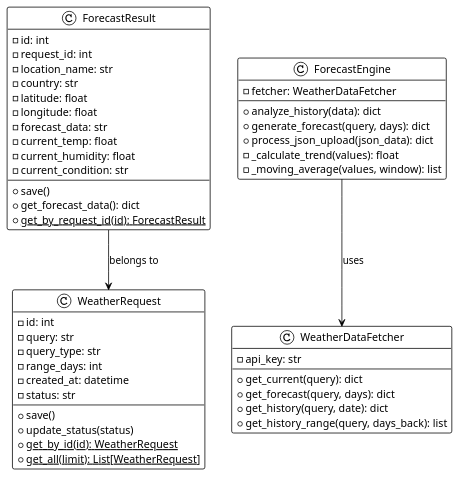
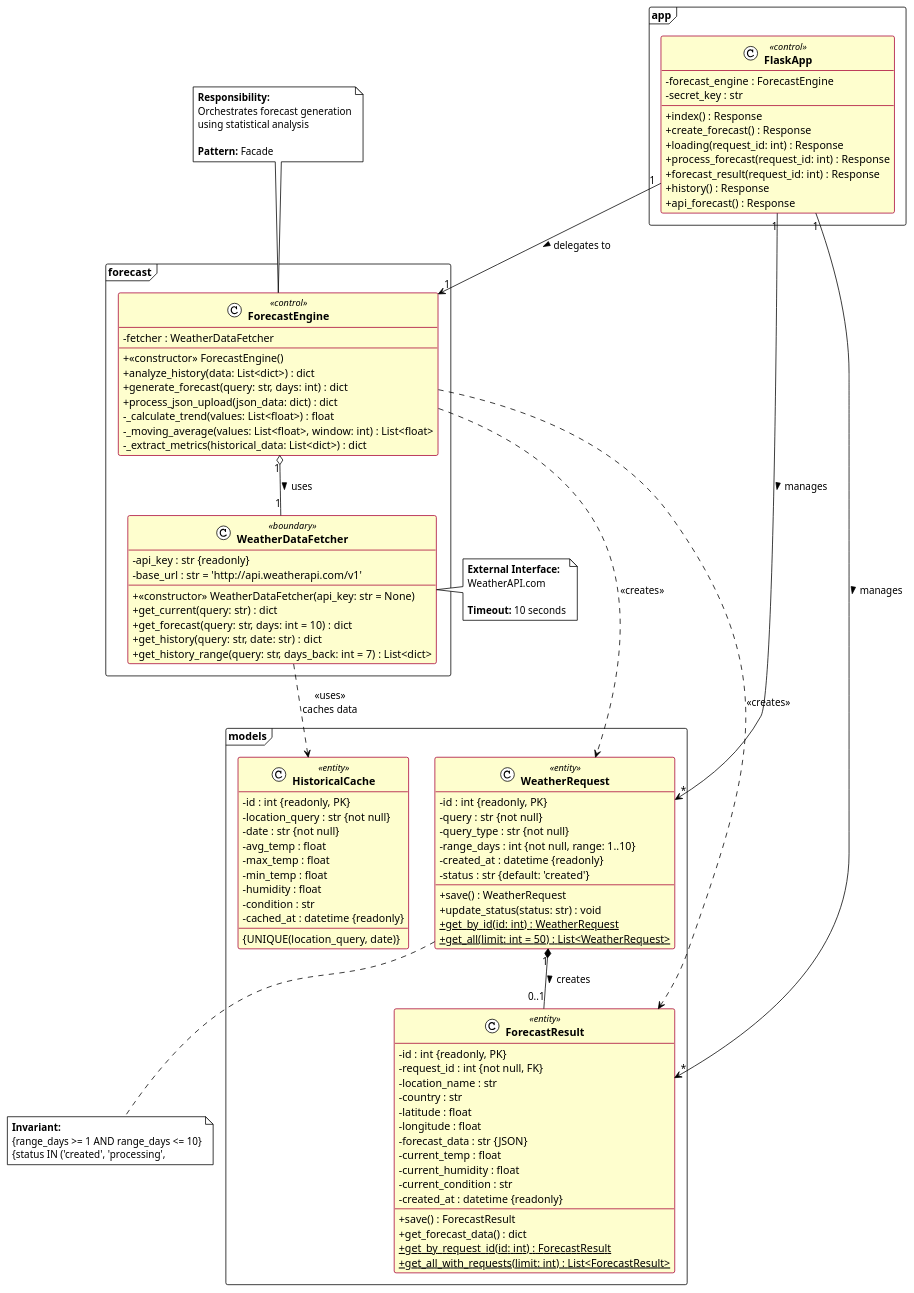
Before and after one commit to AASoftIR/kanban: the diagram in diagrams/02_class_diagram.puml, drawn with PlantUML. The commit also changed 6 other files, not shown here.

```diff
--- a/diagrams/02_class_diagram.puml
+++ b/diagrams/02_class_diagram.puml
@@ -2,58 +2,182 @@
 @startuml ClassDiagram
+' =============================================================================
+' Galaxy Weather - Class Diagram (Rational Rose Standard)
+' =============================================================================
+' Description: Shows the static structure of the system including classes,
+'              attributes, operations, and relationships
+' Author: Galaxy Weather Team
+' Version: 1.0
+' =============================================================================
+
 !theme plain
+skinparam classAttributeIconSize 0
+skinparam classFontStyle bold
+skinparam classBackgroundColor #FEFECE
+skinparam classBorderColor #A80036
+skinparam stereotypeCBackgroundColor #ADD1B2
 
-
-class WeatherRequest {
-    - id: int
-    - query: str
-    - query_type: str
-    - range_days: int
-    - created_at: datetime
-    - status: str
-    --
-    + save()
-    + update_status(status)
-    + {static} get_by_id(id): WeatherRequest
-    + {static} get_all(limit): List[WeatherRequest]
+' =============================================================================
+' PACKAGES
+' =============================================================================
+package "models" <<Frame>> {
+    
+    ' =========================================================================
+    ' ENTITY CLASSES (Persistent)
+    ' =========================================================================
+    class WeatherRequest <<entity>> {
+        ' --- Attributes ---
+        - id : int {readonly, PK}
+        - query : str {not null}
+        - query_type : str {not null}
+        - range_days : int {not null, range: 1..10}
+        - created_at : datetime {readonly}
+        - status : str {default: 'created'}
+        __
+        ' --- Operations ---
+        + save() : WeatherRequest
+        + update_status(status: str) : void
+        + {static} get_by_id(id: int) : WeatherRequest
+        + {static} get_all(limit: int = 50) : List<WeatherRequest>
+    }
+    
+    class ForecastResult <<entity>> {
+        ' --- Attributes ---
+        - id : int {readonly, PK}
+        - request_id : int {not null, FK}
+        - location_name : str
+        - country : str
+        - latitude : float
+        - longitude : float
+        - forecast_data : str {JSON}
+        - current_temp : float
+        - current_humidity : float
+        - current_condition : str
+        - created_at : datetime {readonly}
+        __
+        ' --- Operations ---
+        + save() : ForecastResult
+        + get_forecast_data() : dict
+        + {static} get_by_request_id(id: int) : ForecastResult
+        + {static} get_all_with_requests(limit: int) : List<ForecastResult>
+    }
+    
+    class HistoricalCache <<entity>> {
+        ' --- Attributes ---
+        - id : int {readonly, PK}
+        - location_query : str {not null}
+        - date : str {not null}
+        - avg_temp : float
+        - max_temp : float
+        - min_temp : float
+        - humidity : float
+        - condition : str
+        - cached_at : datetime {readonly}
+        __
+        ' --- Constraints ---
+        {UNIQUE(location_query, date)}
+    }
 }
 
-class WeatherDataFetcher {
-    - api_key: str
-    --
-    + get_current(query): dict
-    + get_forecast(query, days): dict
-    + get_history(query, date): dict
-    + get_history_range(query, days_back): list
+package "forecast" <<Frame>> {
+    
+    ' =========================================================================
+    ' BOUNDARY CLASSES (Interface with external systems)
+    ' =========================================================================
+    class WeatherDataFetcher <<boundary>> {
+        ' --- Attributes ---
+        - api_key : str {readonly}
+        - base_url : str = 'http://api.weatherapi.com/v1'
+        __
+        ' --- Operations ---
+        + <<constructor>> WeatherDataFetcher(api_key: str = None)
+        + get_current(query: str) : dict
+        + get_forecast(query: str, days: int = 10) : dict
+        + get_history(query: str, date: str) : dict
+        + get_history_range(query: str, days_back: int = 7) : List<dict>
+    }
+    
+    ' =========================================================================
+    ' CONTROL CLASSES (Business Logic)
+    ' =========================================================================
+    class ForecastEngine <<control>> {
+        ' --- Attributes ---
+        - fetcher : WeatherDataFetcher
+        __
+        ' --- Operations ---
+        + <<constructor>> ForecastEngine()
+        + analyze_history(data: List<dict>) : dict
+        + generate_forecast(query: str, days: int) : dict
+        + process_json_upload(json_data: dict) : dict
+        - _calculate_trend(values: List<float>) : float
+        - _moving_average(values: List<float>, window: int) : List<float>
+        - _extract_metrics(historical_data: List<dict>) : dict
+    }
 }
 
-class ForecastEngine {
-    - fetcher: WeatherDataFetcher
-    --
-    + analyze_history(data): dict
-    + generate_forecast(query, days): dict
-    + process_json_upload(json_data): dict
-    - _calculate_trend(values): float
-    - _moving_average(values, window): list
+package "app" <<Frame>> {
+    
+    ' =========================================================================
+    ' CONTROLLER CLASS (Flask Routes)
+    ' =========================================================================
+    class FlaskApp <<control>> {
+        ' --- Attributes ---
+        - forecast_engine : ForecastEngine
+        - secret_key : str
+        __
+        ' --- Operations ---
+        + index() : Response
+        + create_forecast() : Response
+        + loading(request_id: int) : Response
+        + process_forecast(request_id: int) : Response
+        + forecast_result(request_id: int) : Response
+        + history() : Response
+        + api_forecast() : Response
+    }
 }
 
-class ForecastResult {
-    - id: int
-    - request_id: int
-    - location_name: str
-    - country: str
-    - latitude: float
-    - longitude: float
-    - forecast_data: str
-    - current_temp: float
-    - current_humidity: float
-    - current_condition: str
-    --
-    + save()
-    + get_forecast_data(): dict
-    + {static} get_by_request_id(id): ForecastResult
-}
+' =============================================================================
+' RELATIONSHIPS
+' =============================================================================
 
-ForecastEngine --> WeatherDataFetcher : uses
-ForecastResult --> WeatherRequest : belongs to
+' Composition (strong ownership - lifecycle dependency)
+WeatherRequest "1" *-- "0..1" ForecastResult : creates >
+
+' Aggregation (weak ownership)
+ForecastEngine "1" o-- "1" WeatherDataFetcher : uses >
+
+' Association
+FlaskApp "1" --> "1" ForecastEngine : delegates to >
+FlaskApp "1" --> "*" WeatherRequest : manages >
+FlaskApp "1" --> "*" ForecastResult : manages >
+
+' Dependency (uses)
+WeatherDataFetcher ..> HistoricalCache : <<uses>>\ncaches data
+ForecastEngine ..> WeatherRequest : <<creates>>
+ForecastEngine ..> ForecastResult : <<creates>>
+
+' =============================================================================
+' NOTES AND CONSTRAINTS
+' =============================================================================
+note top of ForecastEngine
+  **Responsibility:**
+  Orchestrates forecast generation
+  using statistical analysis
+  
+  **Pattern:** Facade
+end note
+
+note right of WeatherDataFetcher
+  **External Interface:**
+  WeatherAPI.com
+  
+  **Timeout:** 10 seconds
+end note
+
+note bottom of WeatherRequest
+  **Invariant:**
+  {range_days >= 1 AND range_days <= 10}
+  {status IN ('created', 'processing', 
+   'completed', 'failed')}
+end note
 
 @enduml
```
